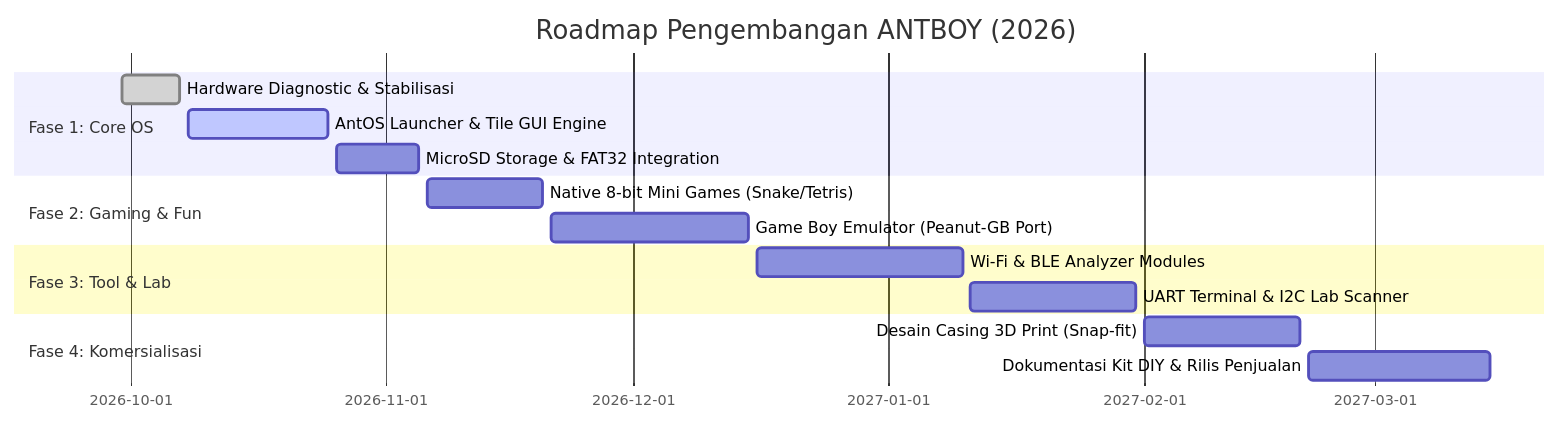
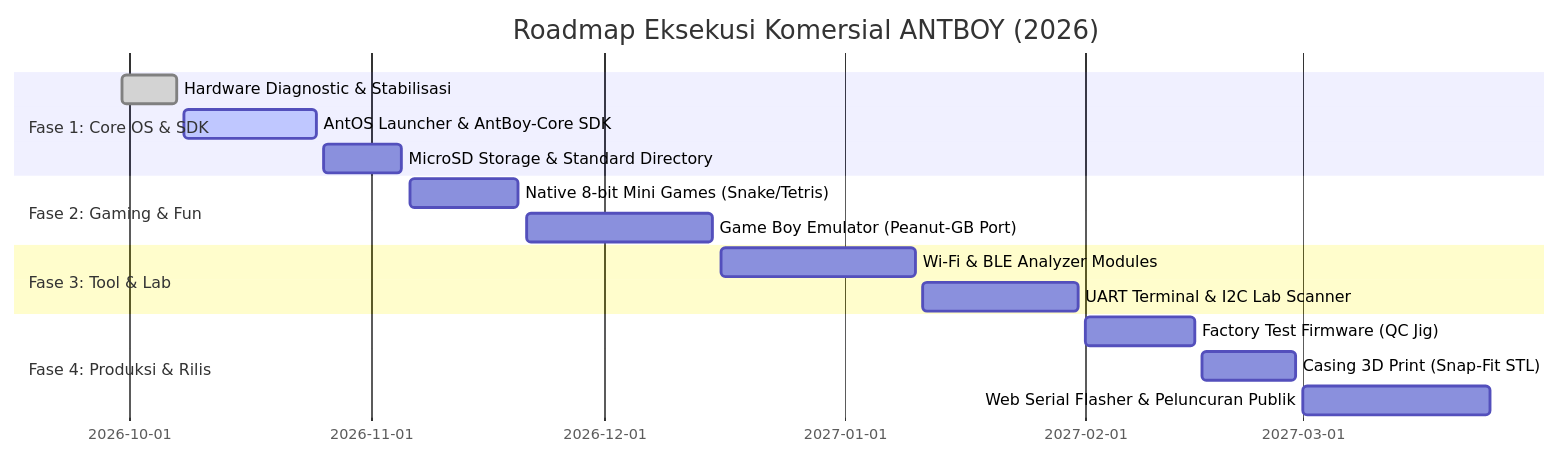
The diagram in docs/PRD_ANTBOY_2026.md (antonprafanto/antboy), drawn with Mermaid before and after one commit. The commit also changed other lines of this file, not shown here.

Commit message:
docs(prd): upgrade to PRD v1.2 Gold Master with SDK, Web Flasher, QC Test, SD specs, Battery guidelines, and Anti-Cloning strategy

````diff
--- a/docs/PRD_ANTBOY_2026.md
+++ b/docs/PRD_ANTBOY_2026.md
@@ -287,18 +385,19 @@
 ```mermaid
 gantt
-    title Roadmap Pengembangan ANTBOY (2026)
+    title Roadmap Eksekusi Komersial ANTBOY (2026)
     dateFormat  YYYY-MM-DD
-    section Fase 1: Core OS
+    section Fase 1: Core OS & SDK
     Hardware Diagnostic & Stabilisasi       :done,    des1, 2026-09-30, 2026-10-07
-    AntOS Launcher & Tile GUI Engine        :active,  des2, 2026-10-08, 2026-10-25
-    MicroSD Storage & FAT32 Integration    :         des3, 2026-10-26, 2026-11-05
+    AntOS Launcher & AntBoy-Core SDK        :active,  des2, 2026-10-08, 2026-10-25
+    MicroSD Storage & Standard Directory    :         des3, 2026-10-26, 2026-11-05
     section Fase 2: Gaming & Fun
     Native 8-bit Mini Games (Snake/Tetris)  :         des4, 2026-11-06, 2026-11-20
     Game Boy Emulator (Peanut-GB Port)      :         des5, 2026-11-21, 2026-12-15
     section Fase 3: Tool & Lab
     Wi-Fi & BLE Analyzer Modules           :         des6, 2026-12-16, 2027-01-10
     UART Terminal & I2C Lab Scanner         :         des7, 2027-01-11, 2027-01-31
-    section Fase 4: Komersialisasi
-    Desain Casing 3D Print (Snap-fit)       :         des8, 2027-02-01, 2027-02-20
-    Dokumentasi Kit DIY & Rilis Penjualan   :         des9, 2027-02-21, 2027-03-15
+    section Fase 4: Produksi & Rilis
+    Factory Test Firmware (QC Jig)          :         des8, 2027-02-01, 2027-02-15
+    Casing 3D Print (Snap-Fit STL)          :         des9, 2027-02-16, 2027-02-28
+    Web Serial Flasher & Peluncuran Publik  :         des10, 2027-03-01, 2027-03-25
 ```
````
